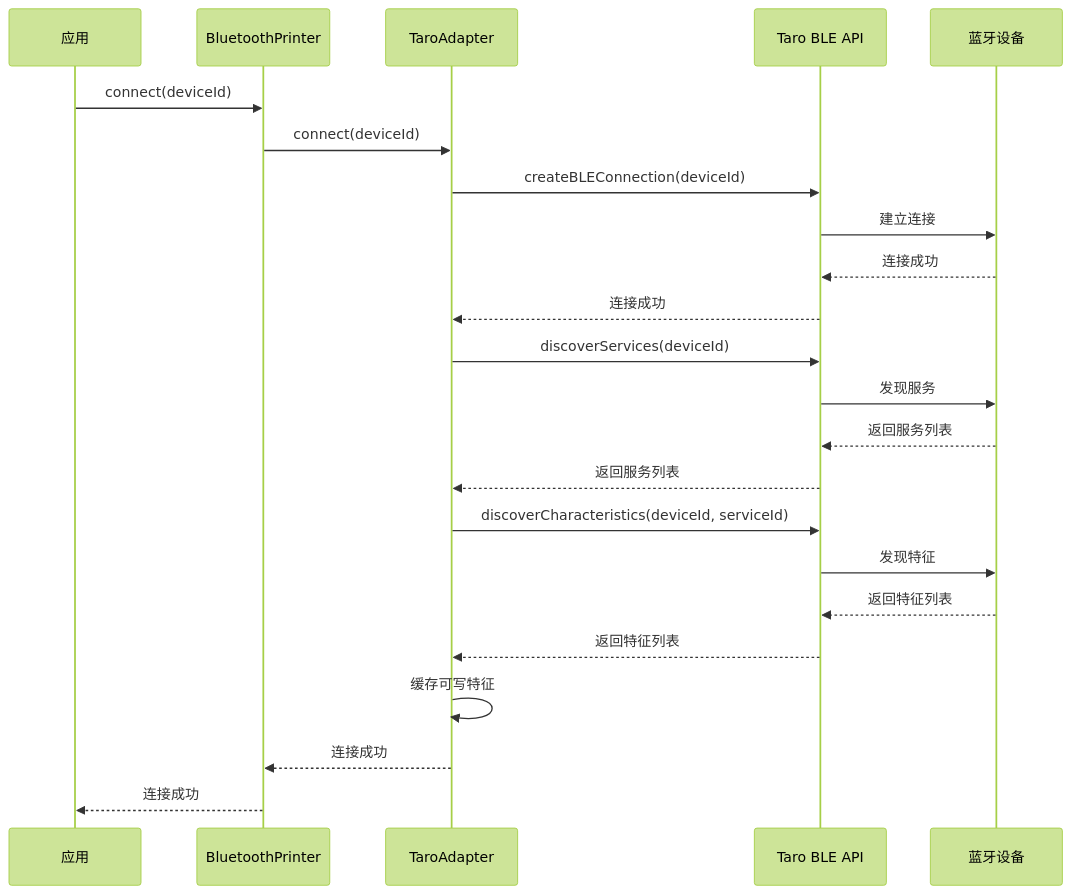
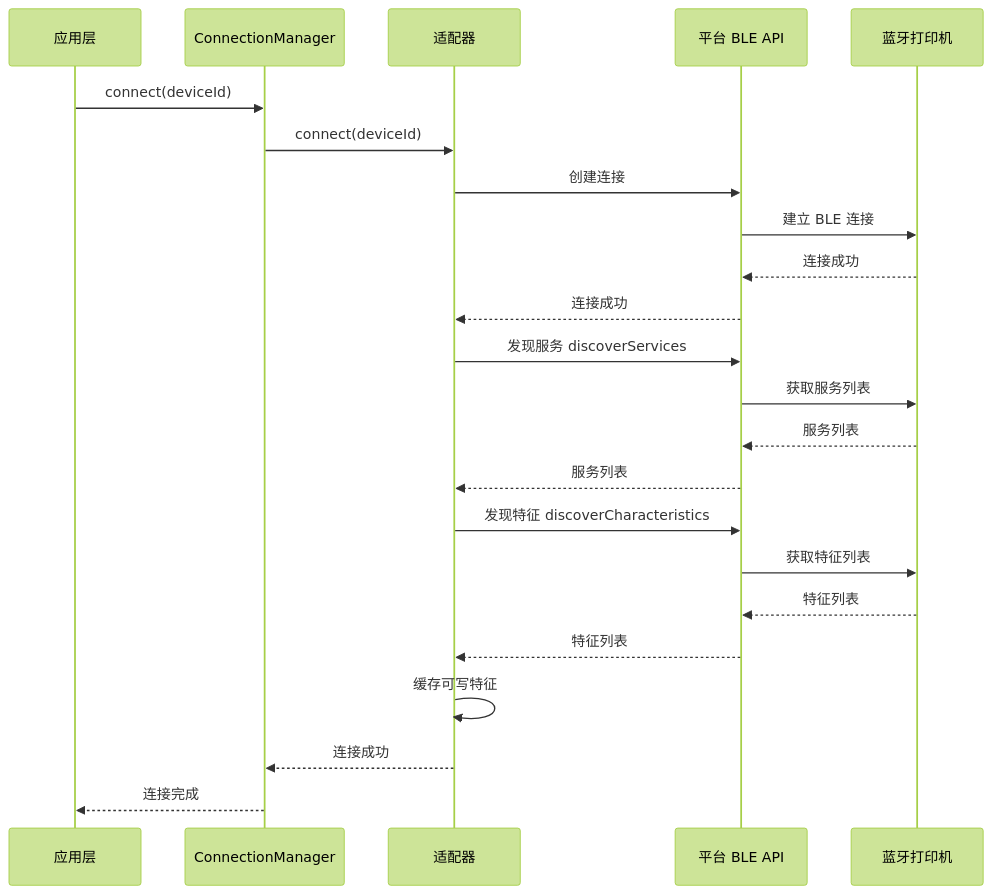
The second of 5 diagrams in docs/architecture.md (Agions/taro-bluetooth-print), drawn with Mermaid (forest theme) before and after one commit. The commit also changed other lines of this file and 26 other files, not shown here.

First line of the commit message:
v2.6.0: 增强条码生成器、模板引擎、WebBluetooth 适配器，全面升级文档

````diff
--- a/docs/architecture.md
+++ b/docs/architecture.md
@@ -112,26 +133,26 @@
 ```mermaid
 sequenceDiagram
-    participant App as 应用
-    participant BP as BluetoothPrinter
-    participant TA as TaroAdapter
-    participant BLE as Taro BLE API
-    participant Dev as 蓝牙设备
-    
-    App->>BP: connect(deviceId)
-    BP->>TA: connect(deviceId)
-    TA->>BLE: createBLEConnection(deviceId)
-    BLE->>Dev: 建立连接
-    Dev-->>BLE: 连接成功
-    BLE-->>TA: 连接成功
-    TA->>BLE: discoverServices(deviceId)
-    BLE->>Dev: 发现服务
-    Dev-->>BLE: 返回服务列表
-    BLE-->>TA: 返回服务列表
-    TA->>BLE: discoverCharacteristics(deviceId, serviceId)
-    BLE->>Dev: 发现特征
-    Dev-->>BLE: 返回特征列表
-    BLE-->>TA: 返回特征列表
-    TA->>TA: 缓存可写特征
-    TA-->>BP: 连接成功
-    BP-->>App: 连接成功
+    participant App as 应用层
+    participant CM as ConnectionManager
+    participant Adapter as 适配器
+    participant BLE as 平台 BLE API
+    participant Device as 蓝牙打印机
+
+    App->>CM: connect(deviceId)
+    CM->>Adapter: connect(deviceId)
+    Adapter->>BLE: 创建连接
+    BLE->>Device: 建立 BLE 连接
+    Device-->>BLE: 连接成功
+    BLE-->>Adapter: 连接成功
+    Adapter->>BLE: 发现服务 discoverServices
+    BLE->>Device: 获取服务列表
+    Device-->>BLE: 服务列表
+    BLE-->>Adapter: 服务列表
+    Adapter->>BLE: 发现特征 discoverCharacteristics
+    BLE->>Device: 获取特征列表
+    Device-->>BLE: 特征列表
+    BLE-->>Adapter: 特征列表
+    Adapter->>Adapter: 缓存可写特征
+    Adapter-->>CM: 连接成功
+    CM-->>App: 连接完成
 ```
````
